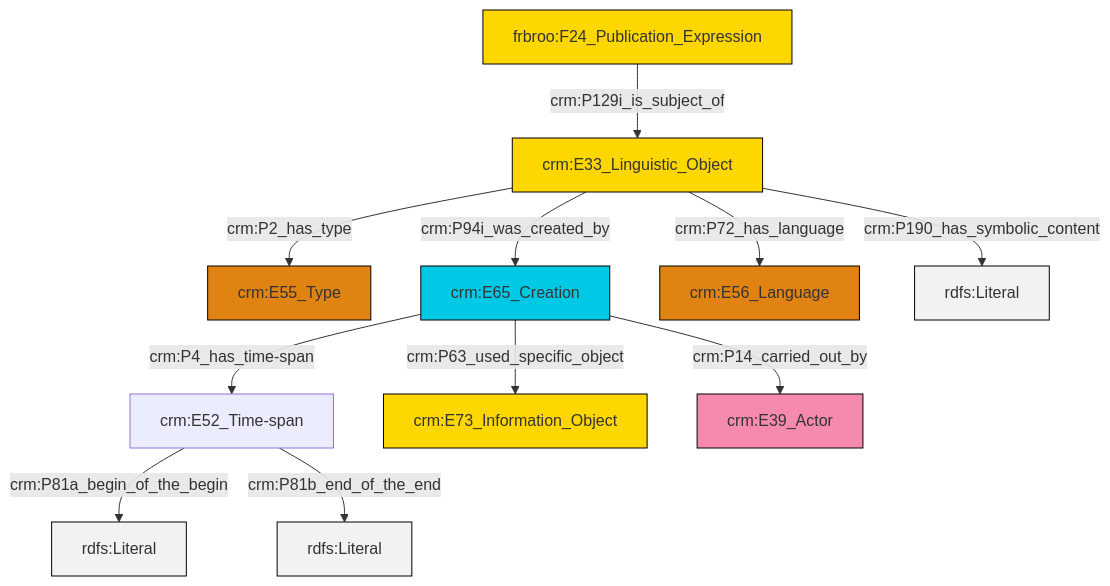
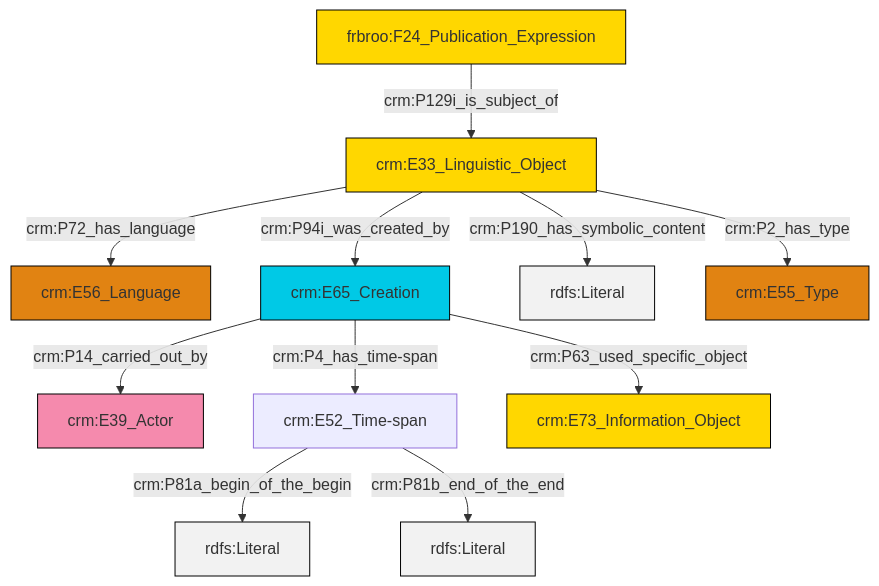
One commit to swiss-art-research-net/reference-data-models changed the diagram in et/biblioCSV/ttl/mmd/biblio_description.ttl.mmd. Above: the diagram before and after it, drawn with Mermaid. The commit also changed 132 other files, not shown here.

```diff
--- a/et/biblioCSV/ttl/mmd/biblio_description.ttl.mmd
+++ b/et/biblioCSV/ttl/mmd/biblio_description.ttl.mmd
@@ -1,25 +1,25 @@
 graph TD
 classDef Literal fill:#f2f2f2,stroke:#000000;
 classDef CRM_Entity fill:#FFFFFF,stroke:#000000;
 classDef Temporal_Entity fill:#00C9E6, stroke:#000000;
 classDef Type fill:#E18312, stroke:#000000;
 classDef Time-Span fill:#2C9C91, stroke:#000000;
 classDef Appellation fill:#FFEB7F, stroke:#000000;
 classDef Place fill:#008836, stroke:#000000;
 classDef Persistent_Item fill:#B266B2, stroke:#000000;
 classDef Conceptual_Object fill:#FFD700, stroke:#000000;
 classDef Physical_Thing fill:#D2B48C, stroke:#000000;
 classDef Actor fill:#f58aad, stroke:#000000;
 classDef PC_Classes fill:#4ce600, stroke:#000000;
 classDef Multi fill:#cccccc,stroke:#000000;
 
-0["crm:E33_Linguistic_Object"]:::Conceptual_Object -->|crm:P2_has_type| 1["crm:E55_Type"]:::Type
-2["crm:E65_Creation"]:::Temporal_Entity -->|crm:P4_has_time-span| 3["crm:E52_Time-span"]:::Default
-3["crm:E52_Time-span"]:::Default -->|crm:P81a_begin_of_the_begin| 7[rdfs:Literal]:::Literal
-8["frbroo:F24_Publication_Expression"]:::Conceptual_Object -->|crm:P129i_is_subject_of| 0["crm:E33_Linguistic_Object"]:::Conceptual_Object
-0["crm:E33_Linguistic_Object"]:::Conceptual_Object -->|crm:P94i_was_created_by| 2["crm:E65_Creation"]:::Temporal_Entity
-3["crm:E52_Time-span"]:::Default -->|crm:P81b_end_of_the_end| 10[rdfs:Literal]:::Literal
-2["crm:E65_Creation"]:::Temporal_Entity -->|crm:P63_used_specific_object| 5["crm:E73_Information_Object"]:::Conceptual_Object
-0["crm:E33_Linguistic_Object"]:::Conceptual_Object -->|crm:P72_has_language| 11["crm:E56_Language"]:::Type
-0["crm:E33_Linguistic_Object"]:::Conceptual_Object -->|crm:P190_has_symbolic_content| 13[rdfs:Literal]:::Literal
-2["crm:E65_Creation"]:::Temporal_Entity -->|crm:P14_carried_out_by| 14["crm:E39_Actor"]:::Actor
+2["frbroo:F24_Publication_Expression"]:::Conceptual_Object -->|crm:P129i_is_subject_of| 4["crm:E33_Linguistic_Object"]:::Conceptual_Object
+8["crm:E52_Time-span"]:::Default -->|crm:P81a_begin_of_the_begin| 9[rdfs:Literal]:::Literal
+10["crm:E65_Creation"]:::Temporal_Entity -->|crm:P4_has_time-span| 8["crm:E52_Time-span"]:::Default
+4["crm:E33_Linguistic_Object"]:::Conceptual_Object -->|crm:P94i_was_created_by| 10["crm:E65_Creation"]:::Temporal_Entity
+4["crm:E33_Linguistic_Object"]:::Conceptual_Object -->|crm:P190_has_symbolic_content| 11[rdfs:Literal]:::Literal
+4["crm:E33_Linguistic_Object"]:::Conceptual_Object -->|crm:P72_has_language| 0["crm:E56_Language"]:::Type
+10["crm:E65_Creation"]:::Temporal_Entity -->|crm:P14_carried_out_by| 5["crm:E39_Actor"]:::Actor
+8["crm:E52_Time-span"]:::Default -->|crm:P81b_end_of_the_end| 14[rdfs:Literal]:::Literal
+10["crm:E65_Creation"]:::Temporal_Entity -->|crm:P63_used_specific_object| 15["crm:E73_Information_Object"]:::Conceptual_Object
+4["crm:E33_Linguistic_Object"]:::Conceptual_Object -->|crm:P2_has_type| 12["crm:E55_Type"]:::Type
```
